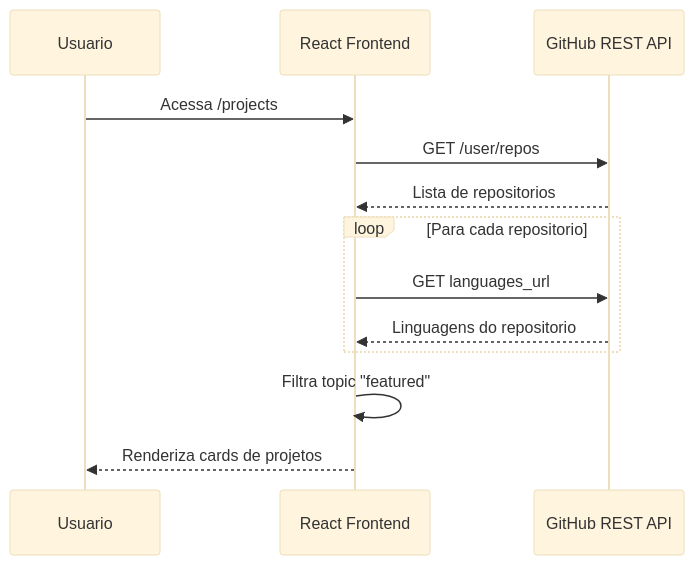
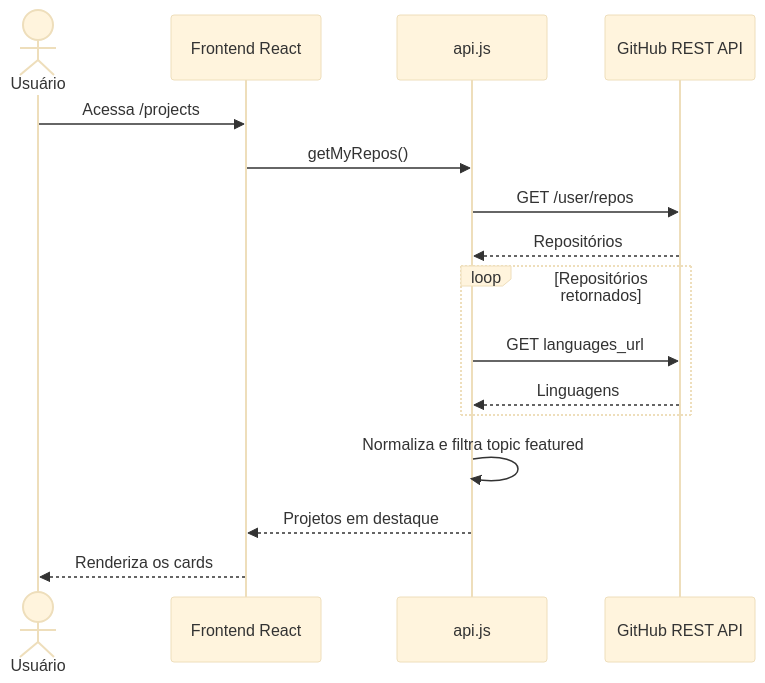
One commit to lucasz-g/portfolio-2.0 changed the second of 3 diagrams in README.md. Above: the diagram before and after it, drawn with Mermaid (base theme). The commit also changed other lines of this file and 1 other file, not shown here.

````diff
--- a/README.md
+++ b/README.md
@@ -46,16 +66,19 @@
 ```mermaid
 sequenceDiagram
-    participant User as Usuario
-    participant UI as React Frontend
-    participant API as GitHub REST API
+    actor User as Usuário
+    participant UI as Frontend React
+    participant API as api.js
+    participant GH as GitHub REST API
 
     User->>UI: Acessa /projects
-    UI->>API: GET /user/repos
-    API-->>UI: Lista de repositorios
-    loop Para cada repositorio
-        UI->>API: GET languages_url
-        API-->>UI: Linguagens do repositorio
+    UI->>API: getMyRepos()
+    API->>GH: GET /user/repos
+    GH-->>API: Repositórios
+    loop Repositórios retornados
+        API->>GH: GET languages_url
+        GH-->>API: Linguagens
     end
-    UI->>UI: Filtra topic "featured"
-    UI-->>User: Renderiza cards de projetos
+    API->>API: Normaliza e filtra topic featured
+    API-->>UI: Projetos em destaque
+    UI-->>User: Renderiza os cards
 ```
````
